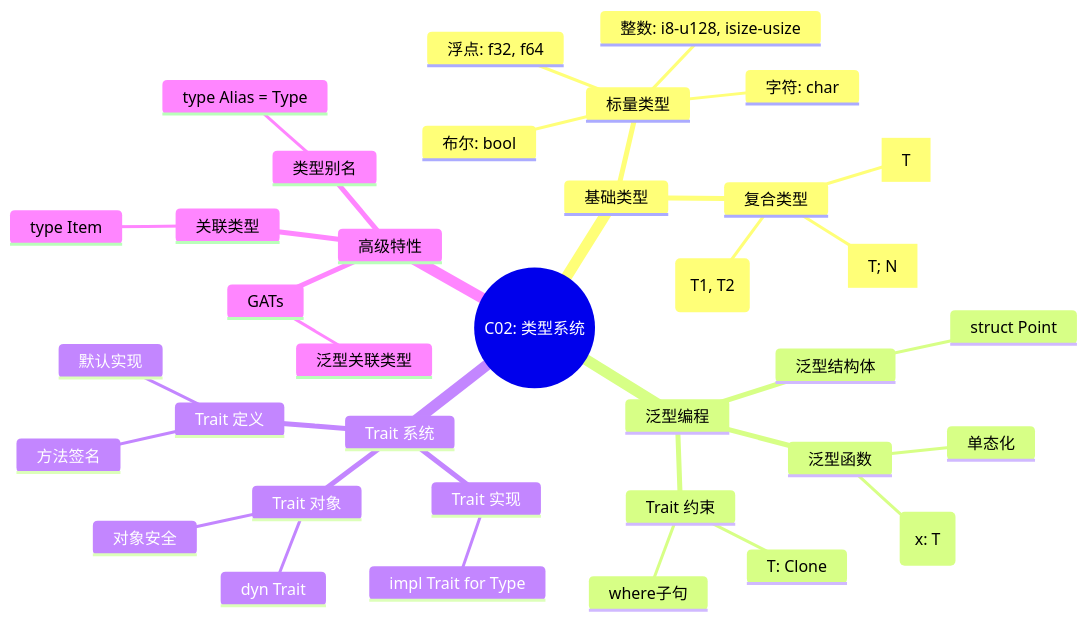
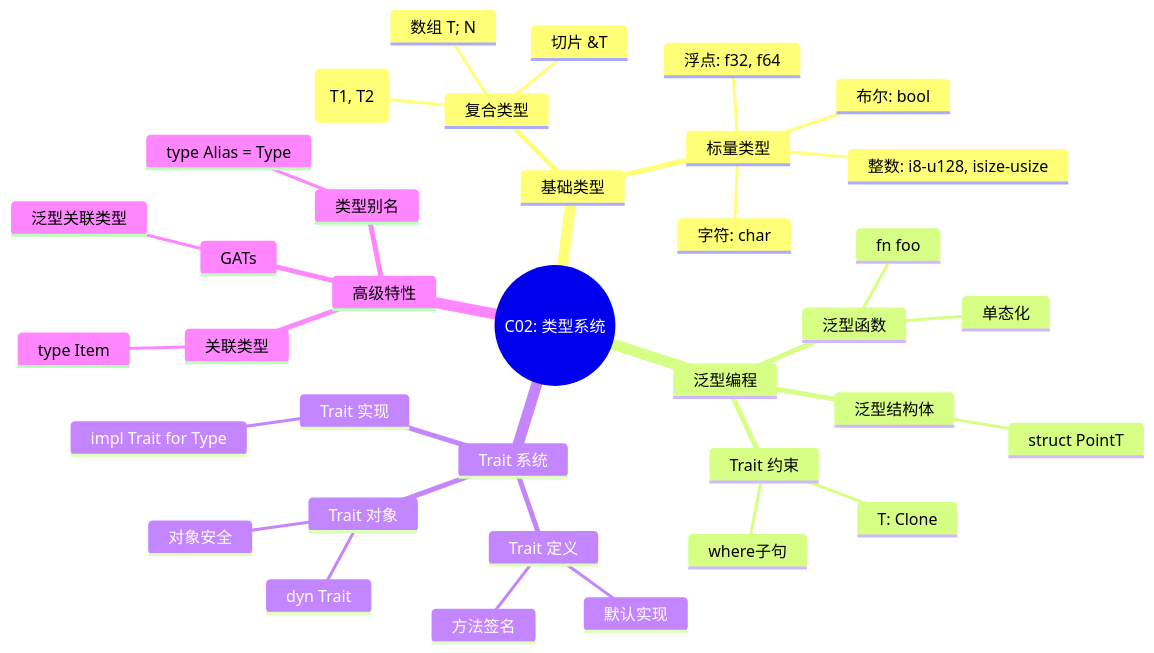
One commit to martin-ly/rust-lang changed diagram 14 of 19 in docs/04_thinking/04_mind_map_collection.md. Above: the diagram before and after it, drawn with Mermaid. The commit also changed other lines of this file and 97 other files, not shown here.

````diff
--- a/docs/04_thinking/04_mind_map_collection.md
+++ b/docs/04_thinking/04_mind_map_collection.md
@@ -817,39 +817,39 @@
 ```mermaid
 mindmap
   root((C02: 类型系统))
     基础类型
       标量类型
         整数: i8-u128, isize-usize
         浮点: f32, f64
         布尔: bool
         字符: char
       复合类型
         元组 (T1, T2)
-        数组 [T; N]
-        切片 &[T]
+        数组 T; N
+        切片 &T
     泛型编程
       泛型函数
-        fn foo<T>(x: T)
+        fn foo
         单态化
       泛型结构体
-        struct Point<T>
+        struct PointT
       Trait 约束
         T: Clone
         where子句
     Trait 系统
       Trait 定义
         方法签名
         默认实现
       Trait 实现
         impl Trait for Type
       Trait 对象
         dyn Trait
         对象安全
     高级特性
       关联类型
         type Item
       GATs
         泛型关联类型
       类型别名
         type Alias = Type
 ```
````
